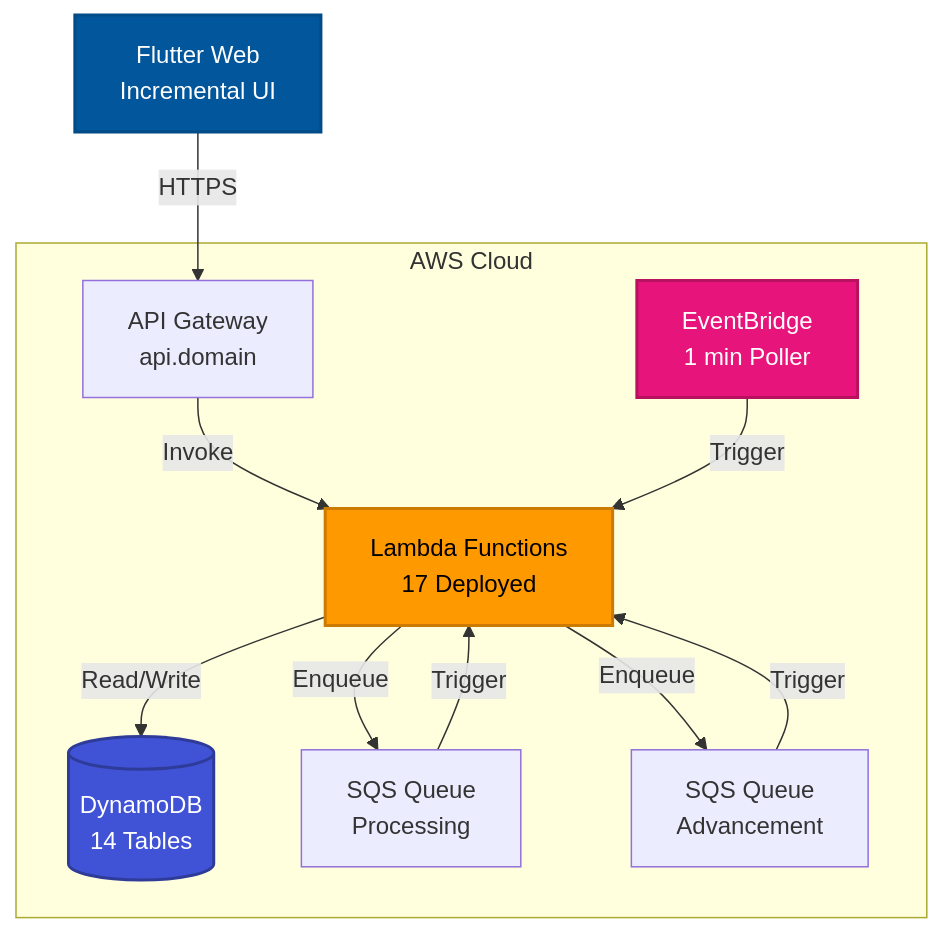
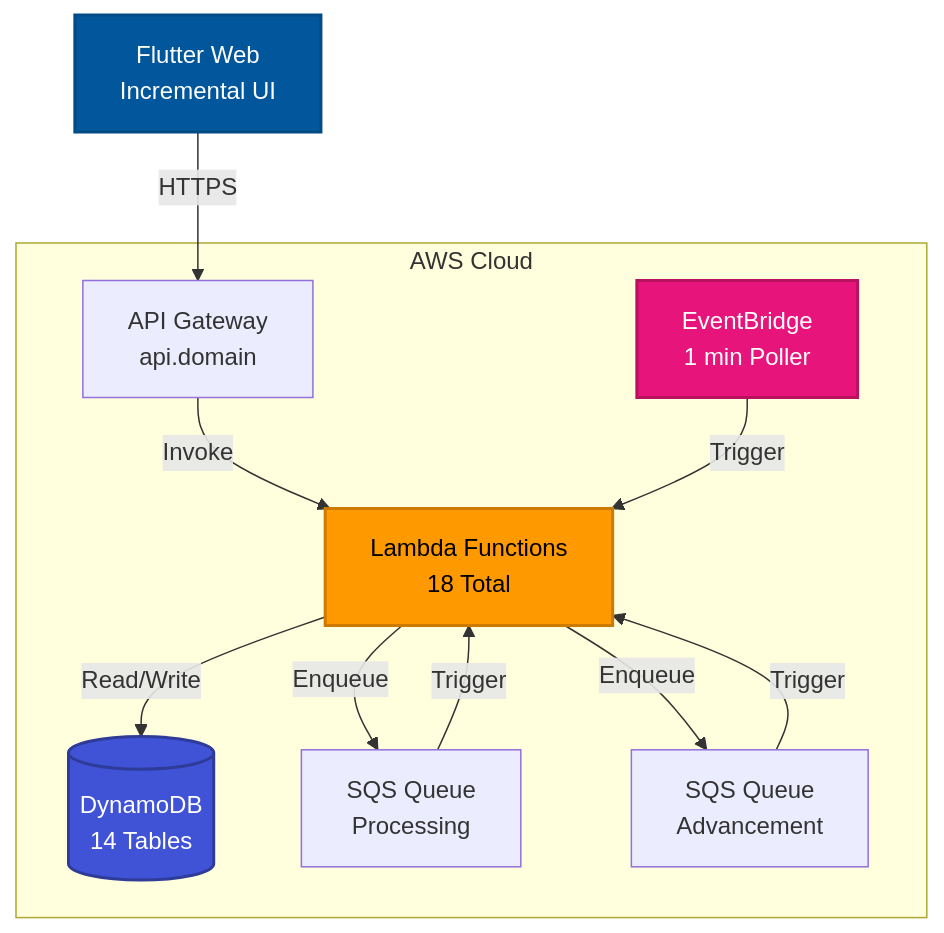
One commit to darkrelics/eidolon-engine changed the first of 6 diagrams in documentation/architecture.md. Above: the diagram before and after it, drawn with Mermaid. The commit also changed other lines of this file and 7 other files, not shown here.

````diff
--- a/documentation/architecture.md
+++ b/documentation/architecture.md
@@ -11,27 +11,27 @@
 ```mermaid
 graph TB
     Flutter[Flutter Web<br/>Incremental UI]
 
     subgraph "AWS Cloud"
         APIGW[API Gateway<br/>api.domain]
-        Lambda[Lambda Functions<br/>17 Deployed]
+        Lambda[Lambda Functions<br/>18 Total]
         DynamoDB[(DynamoDB<br/>14 Tables)]
         EventBridge[EventBridge<br/>1 min Poller]
         ProcessQ[SQS Queue<br/>Processing]
         AdvanceQ[SQS Queue<br/>Advancement]
     end
 
     Flutter -->|HTTPS| APIGW
     APIGW -->|Invoke| Lambda
     Lambda -->|Read/Write| DynamoDB
     Lambda -->|Enqueue| ProcessQ
     EventBridge -->|Trigger| Lambda
     Lambda -->|Enqueue| AdvanceQ
     ProcessQ -->|Trigger| Lambda
     AdvanceQ -->|Trigger| Lambda
 
     style Flutter fill:#02569B,stroke:#014B87,stroke-width:2px,color:#fff
     style Lambda fill:#FF9900,stroke:#CC7A00,stroke-width:2px,color:#000
     style DynamoDB fill:#4053D6,stroke:#2E3B99,stroke-width:2px,color:#fff
     style EventBridge fill:#E7157B,stroke:#B8115F,stroke-width:2px,color:#fff
 ```
````
